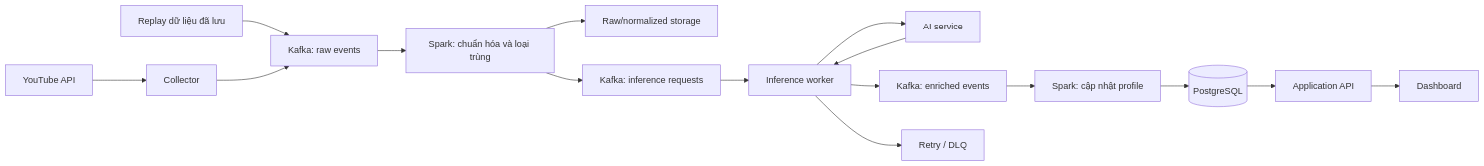
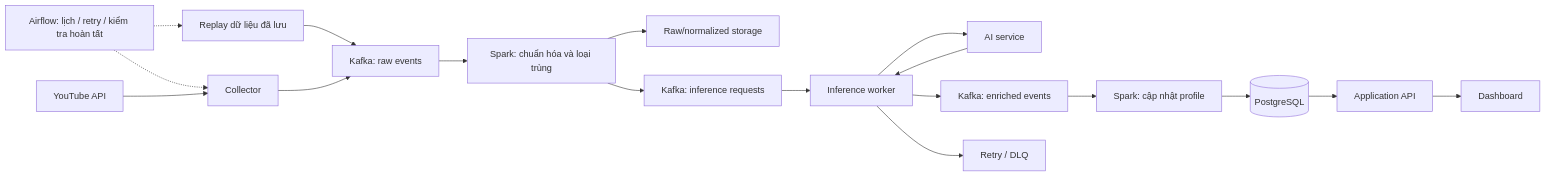
One commit to MinhThienNguyen040905/dynamic-KOL-KOC-content-intelligence changed the diagram in docs/03-architecture.md. Above: the diagram before and after it, drawn with Mermaid. The commit also changed other lines of this file and 12 other files, not shown here.

````diff
--- a/docs/03-architecture.md
+++ b/docs/03-architecture.md
@@ -7,18 +7,20 @@
 ```mermaid
 flowchart LR
+    AF[Airflow: lịch / retry / kiểm tra hoàn tất] -.-> R
+    AF -.-> C
     Y[YouTube API] --> C[Collector]
     R[Replay dữ liệu đã lưu] --> K[Kafka: raw events]
     C --> K
     K --> S[Spark: chuẩn hóa và loại trùng]
     S --> O[Raw/normalized storage]
     S --> Q[Kafka: inference requests]
     Q --> W[Inference worker]
     W --> A[AI service]
     A --> W
     W --> E[Kafka: enriched events]
     W --> D[Retry / DLQ]
     E --> P[Spark: cập nhật profile]
     P --> DB[(PostgreSQL)]
     DB --> API[Application API]
     API --> UI[Dashboard]
 ```
````
